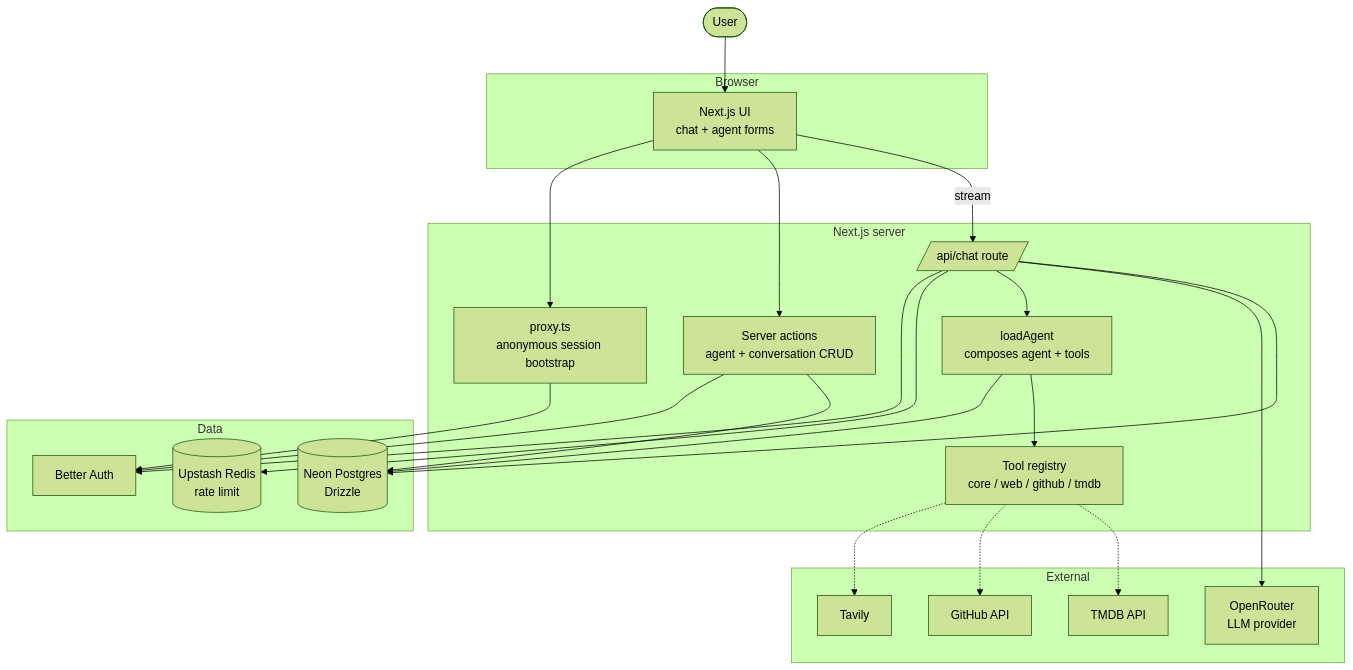
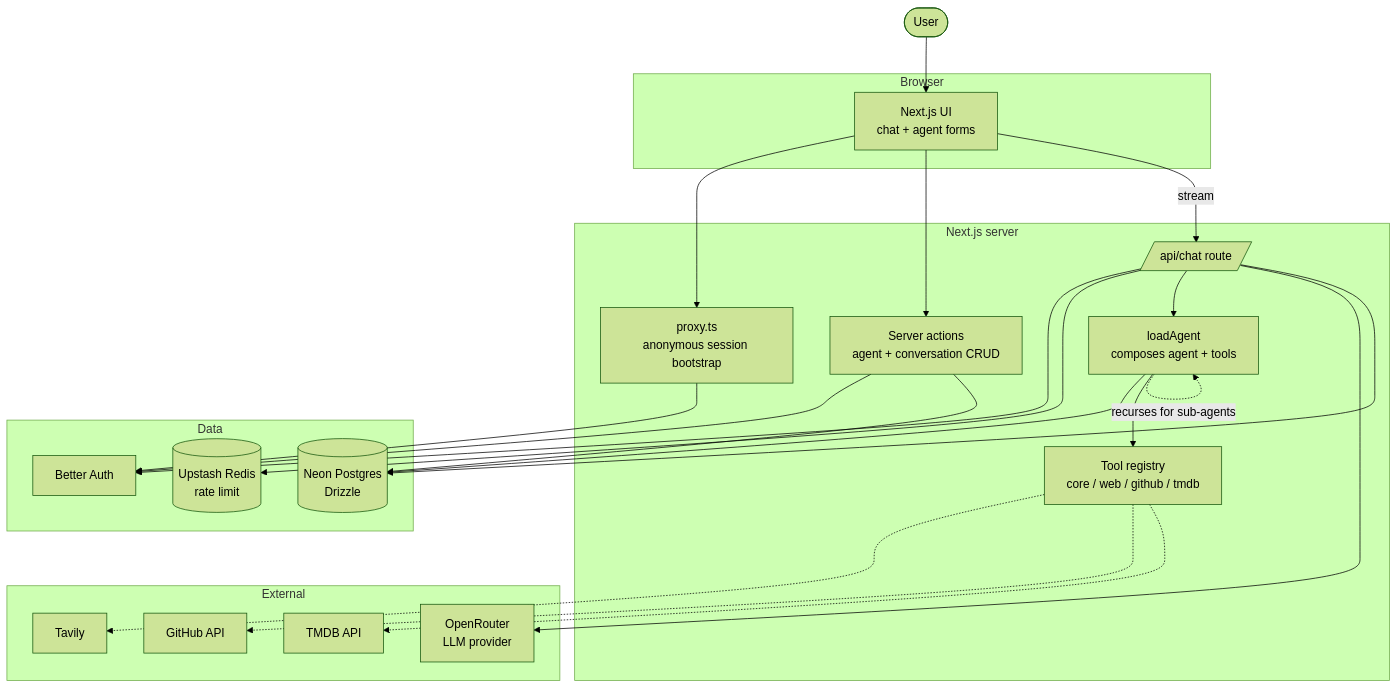
One commit to jimmy-guzman/comal.dev changed the diagram in README.md. Above: the diagram before and after it, drawn with Mermaid (forest theme). The commit also changed other lines of this file and 4 other files, not shown here.

````diff
--- a/README.md
+++ b/README.md
@@ -13,49 +13,50 @@
 ```mermaid
 flowchart TB
   User([User])
 
   subgraph Browser
     UI[Next.js UI<br/>chat + agent forms]
   end
 
   subgraph Server[Next.js server]
     Proxy[proxy.ts<br/>anonymous session bootstrap]
     Actions[Server actions<br/>agent + conversation CRUD]
     ChatAPI[/api/chat route/]
     Loader[loadAgent<br/>composes agent + tools]
     Registry[Tool registry<br/>core / web / github / tmdb]
   end
 
   subgraph External
     OpenRouter[OpenRouter<br/>LLM provider]
     Tavily[Tavily]
     GitHub[GitHub API]
     TMDB[TMDB API]
   end
 
   subgraph Data
     Neon[(Neon Postgres<br/>Drizzle)]
     Redis[(Upstash Redis<br/>rate limit)]
     Auth[Better Auth]
   end
 
   User --> UI
   UI --> Proxy
   UI --> Actions
   UI -->|stream| ChatAPI
 
   Proxy --> Auth
   Actions --> Auth
   Actions --> Neon
   ChatAPI --> Auth
   ChatAPI --> Redis
   ChatAPI --> Loader
   Loader --> Neon
   Loader --> Registry
+  Loader -.->|recurses for sub-agents| Loader
   ChatAPI --> OpenRouter
   ChatAPI --> Neon
 
   Registry -.-> Tavily
   Registry -.-> GitHub
   Registry -.-> TMDB
 ```
````
